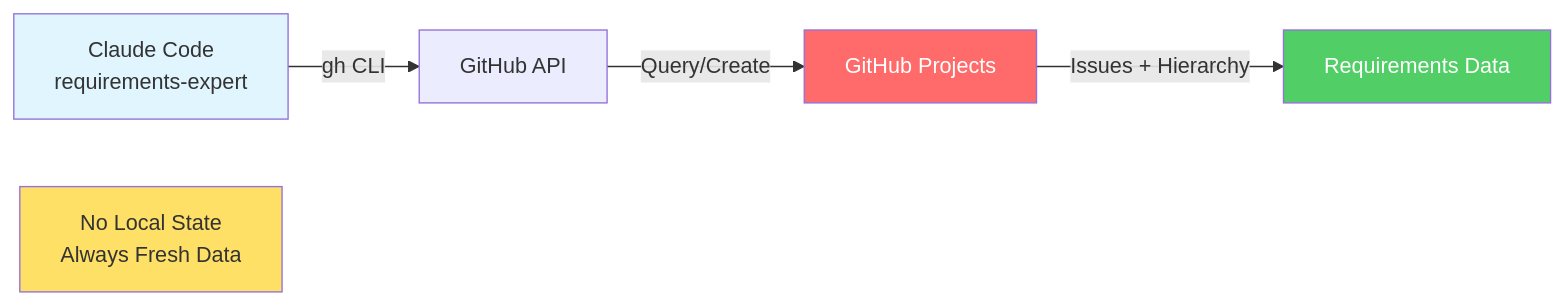
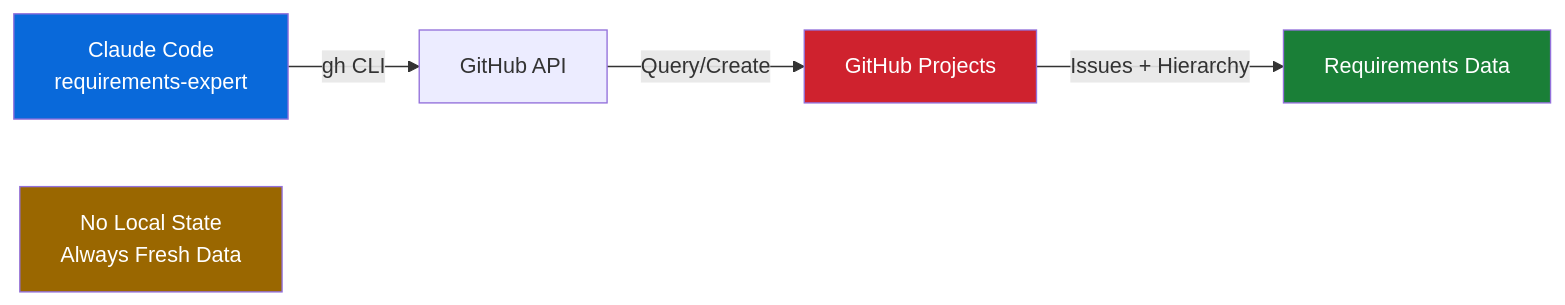
One commit to sjnims/requirements-expert changed the diagram in README.md. Above: the diagram before and after it, drawn with Mermaid.

Commit message:
docs: Improve Mermaid diagram color contrast in README (#57)
## Summary

Improve readability of the Data Flow Mermaid diagram by using higher
contrast colors.

## Changes

| Box | Before | After |
|-----|--------|-------|
| Claude Code | `#e1f5ff` (light blue), dark text | `#0969da` (blue),
white text |
| GitHub Projects | `#ff6b6b` (light red), white text | `#cf222e` (red),
white text |
| Requirements Data | `#51cf66` (light green), white text | `#1a7f37`
(green), white text |
| Note | `#ffe066` (yellow), no text color | `#9a6700` (dark gold),
white text |

Uses GitHub Primer color palette for consistency.

## Test plan

- [x] Preview diagram renders correctly on GitHub
- [ ] Verify no Copilot automated review (disabled in settings)
- [ ] Claude Code Review runs successfully

🤖 Generated with [Claude Code](https://claude.com/claude-code)

````diff
--- a/README.md
+++ b/README.md
@@ -187,13 +187,13 @@
 ```mermaid
 flowchart LR
     A[Claude Code<br/>requirements-expert] -->|gh CLI| B[GitHub API]
     B -->|Query/Create| C[GitHub Projects]
     C -->|Issues + Hierarchy| D[Requirements Data]
 
-    style A fill:#e1f5ff
-    style C fill:#ff6b6b,color:#fff
-    style D fill:#51cf66,color:#fff
+    style A fill:#0969da,color:#fff
+    style C fill:#cf222e,color:#fff
+    style D fill:#1a7f37,color:#fff
 
     Note[No Local State<br/>Always Fresh Data]
-    style Note fill:#ffe066
+    style Note fill:#9a6700,color:#fff
 ```
````
